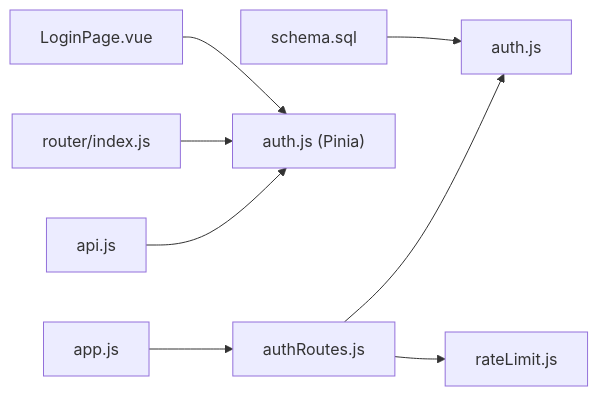
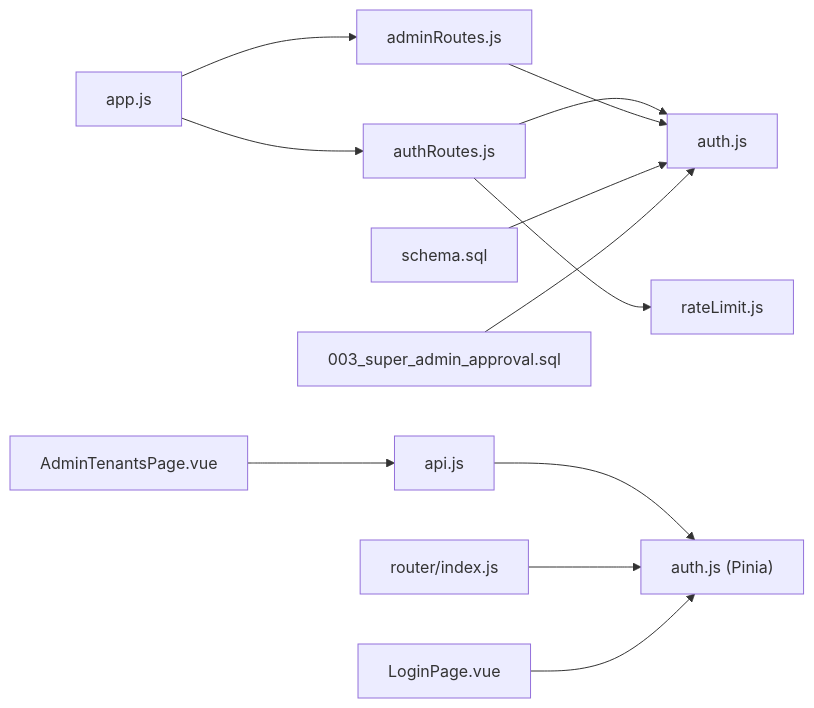
One commit to Juny09/inventory_system changed the tenth of 10 diagrams in .qoder/repowiki/zh/content/核心功能模块/用户认证模块.md. Above: the diagram before and after it, drawn with Mermaid. The commit also changed other lines of this file and 53 other files, not shown here.

````diff
--- a/.qoder/repowiki/zh/content/核心功能模块/用户认证模块.md
+++ b/.qoder/repowiki/zh/content/核心功能模块/用户认证模块.md
@@ -401,10 +532,14 @@
 ```mermaid
 graph LR
 APP["app.js"] --> AUTH_ROUTES["authRoutes.js"]
+APP --> ADMIN_ROUTES["adminRoutes.js"]
 AUTH_ROUTES --> AUTH_MW["auth.js"]
+ADMIN_ROUTES --> AUTH_MW
 AUTH_ROUTES --> RATE_MW["rateLimit.js"]
 API["api.js"] --> STORE["auth.js (Pinia)"]
 ROUTER["router/index.js"] --> STORE
 LOGIN["LoginPage.vue"] --> STORE
+ADMIN_PAGE["AdminTenantsPage.vue"] --> API
 SCHEMA["schema.sql"] --> AUTH_MW
+MIGRATION["003_super_admin_approval.sql"] --> AUTH_MW
 ```
````
